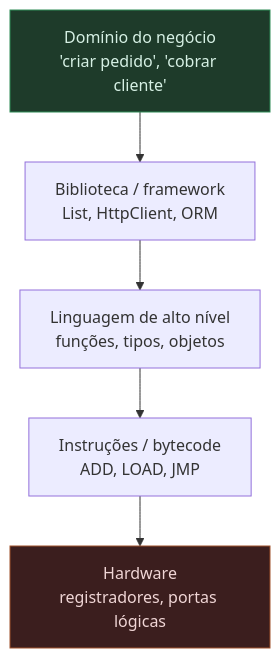
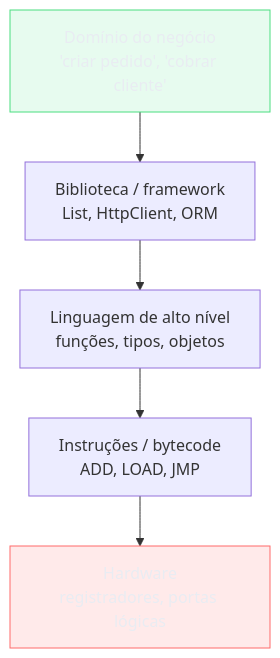
One commit to josenaldo/codex-technomanticus changed the second of 4 diagrams in 03-Dominios/Engenharia/Complexidade de Software/05 - Abstração - a ferramenta central.md. Above: the diagram before and after it, drawn with Mermaid. The commit also changed other lines of this file and 1181 other files, not shown here.

First line of the commit message:
fix(diagramas): paleta do sistema no lugar de cor cravada no markdown

````diff
--- a/03-Dominios/Engenharia/Complexidade de Software/05 - Abstração - a ferramenta central.md
+++ b/03-Dominios/Engenharia/Complexidade de Software/05 - Abstração - a ferramenta central.md
@@ -196,10 +198,12 @@
 ```mermaid
 flowchart TB
+    classDef ok fill:#4ADE8021,stroke:#4ADE80,color:#E9ECF2
+    classDef falha fill:#FF6B6B24,stroke:#FF6B6B,color:#E9ECF2
     D[Domínio do negócio\n'criar pedido', 'cobrar cliente'] --> L
     L[Biblioteca / framework\nList, HttpClient, ORM] --> P
     P[Linguagem de alto nível\nfunções, tipos, objetos] --> I
     I[Instruções / bytecode\nADD, LOAD, JMP] --> H
     H[Hardware\nregistradores, portas lógicas]
-    style D fill:#1e3b2a,stroke:#2e8b57,color:#d6f0e4
-    style H fill:#3b1e1e,stroke:#a0522d,color:#f0d6d6
+    class D ok
+    class H falha
 ```
````
